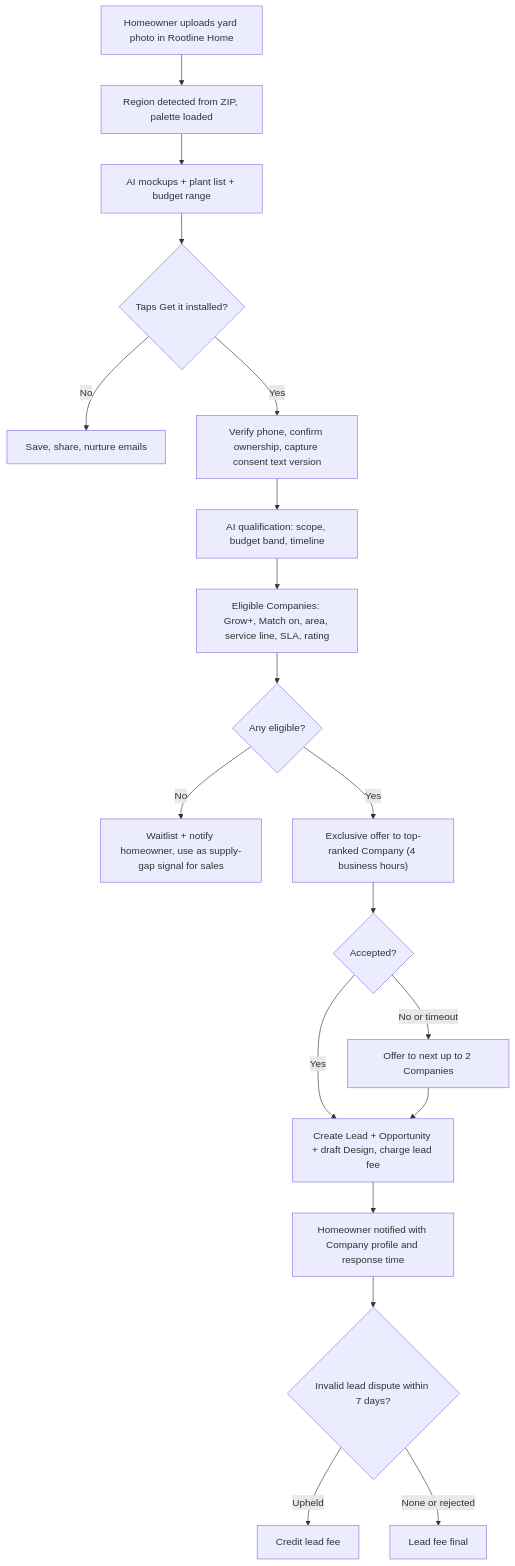
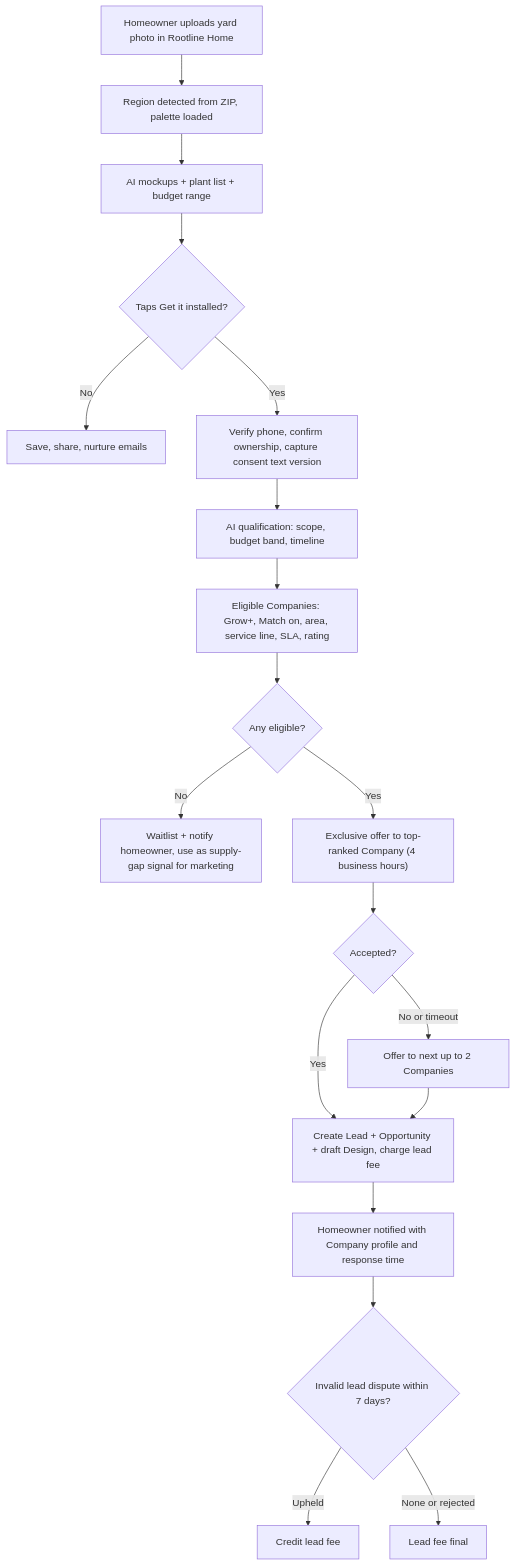
Before and after one commit to jdinard/landscape: the eighth of 11 diagrams in docs/22-business-model-pricing-gtm.md, drawn with Mermaid. The commit also changed other lines of this file and 42 other files, not shown here.

````diff
--- a/docs/22-business-model-pricing-gtm.md
+++ b/docs/22-business-model-pricing-gtm.md
@@ -1238,21 +1242,21 @@
 ```mermaid
 flowchart TD
   H["Homeowner uploads yard photo in Rootline Home"] --> R["Region detected from ZIP, palette loaded"]
   R --> M["AI mockups + plant list + budget range"]
   M --> Q{"Taps Get it installed?"}
   Q -- "No" --> S["Save, share, nurture emails"]
   Q -- "Yes" --> V["Verify phone, confirm ownership, capture consent text version"]
   V --> QL["AI qualification: scope, budget band, timeline"]
   QL --> E["Eligible Companies: Grow+, Match on, area, service line, SLA, rating"]
   E --> X{"Any eligible?"}
-  X -- "No" --> W["Waitlist + notify homeowner, use as supply-gap signal for sales"]
+  X -- "No" --> W["Waitlist + notify homeowner, use as supply-gap signal for marketing"]
   X -- "Yes" --> O1["Exclusive offer to top-ranked Company (4 business hours)"]
   O1 --> A1{"Accepted?"}
   A1 -- "Yes" --> HD["Create Lead + Opportunity + draft Design, charge lead fee"]
   A1 -- "No or timeout" --> O2["Offer to next up to 2 Companies"]
   O2 --> HD
   HD --> F["Homeowner notified with Company profile and response time"]
   F --> D{"Invalid lead dispute within 7 days?"}
   D -- "Upheld" --> CR["Credit lead fee"]
   D -- "None or rejected" --> DONE["Lead fee final"]
 ```
````
